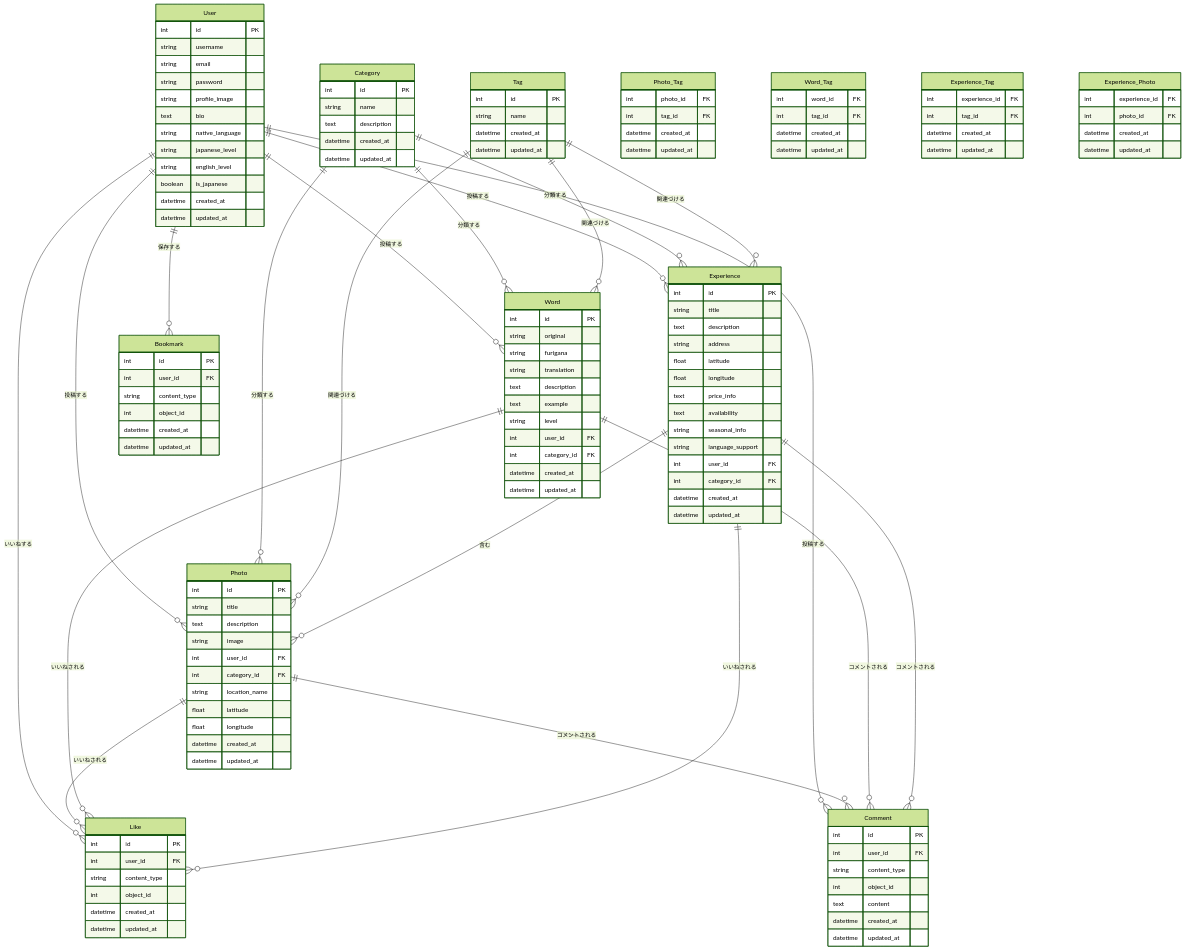
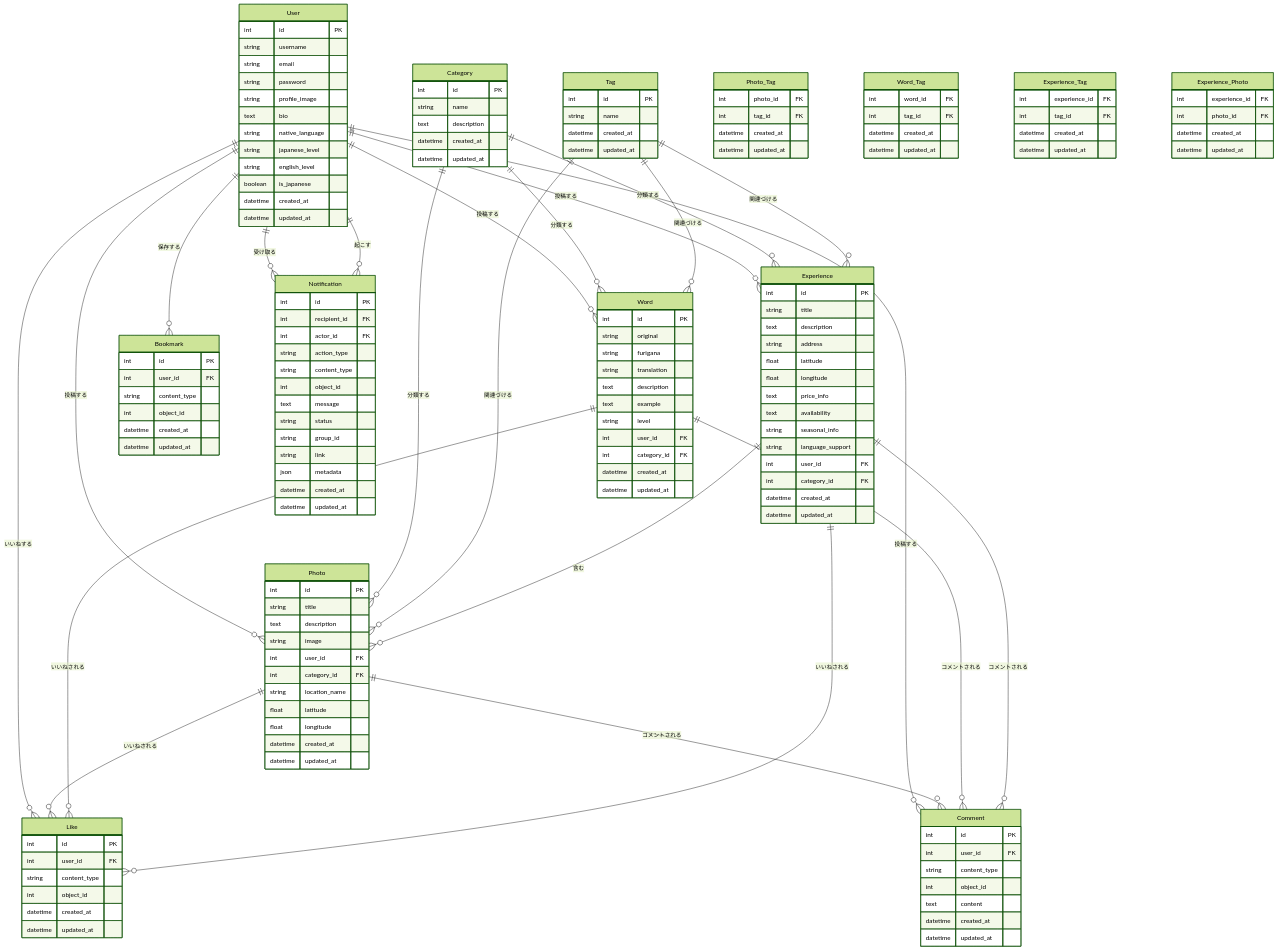
One commit to hirokishimizu39/ThisIsJapan2 changed the diagram in docs/database/database-design.md. Above: the diagram before and after it, drawn with Mermaid (forest theme). The commit also changed other lines of this file and 2 other files, not shown here.

```diff
--- a/docs/database/database-design.md
+++ b/docs/database/database-design.md
@@ -10,6 +10,8 @@
     User ||--o{ Comment : "投稿する"
     User ||--o{ Like : "いいねする"
     User ||--o{ Bookmark : "保存する"
+    User ||--o{ Notification : "受け取る"
+    User ||--o{ Notification : "起こす"
     Category ||--o{ Photo : "分類する"
     Category ||--o{ Word : "分類する"
     Category ||--o{ Experience : "分類する"
@@ -127,6 +129,22 @@
         datetime updated_at
     }
 
+    Notification {
+        int id PK
+        int recipient_id FK
+        int actor_id FK
+        string action_type
+        string content_type
+        int object_id
+        text message
+        string status
+        string group_id
+        string link
+        json metadata
+        datetime created_at
+        datetime updated_at
+    }
+
     Photo_Tag {
         int photo_id FK
         int tag_id FK
```
